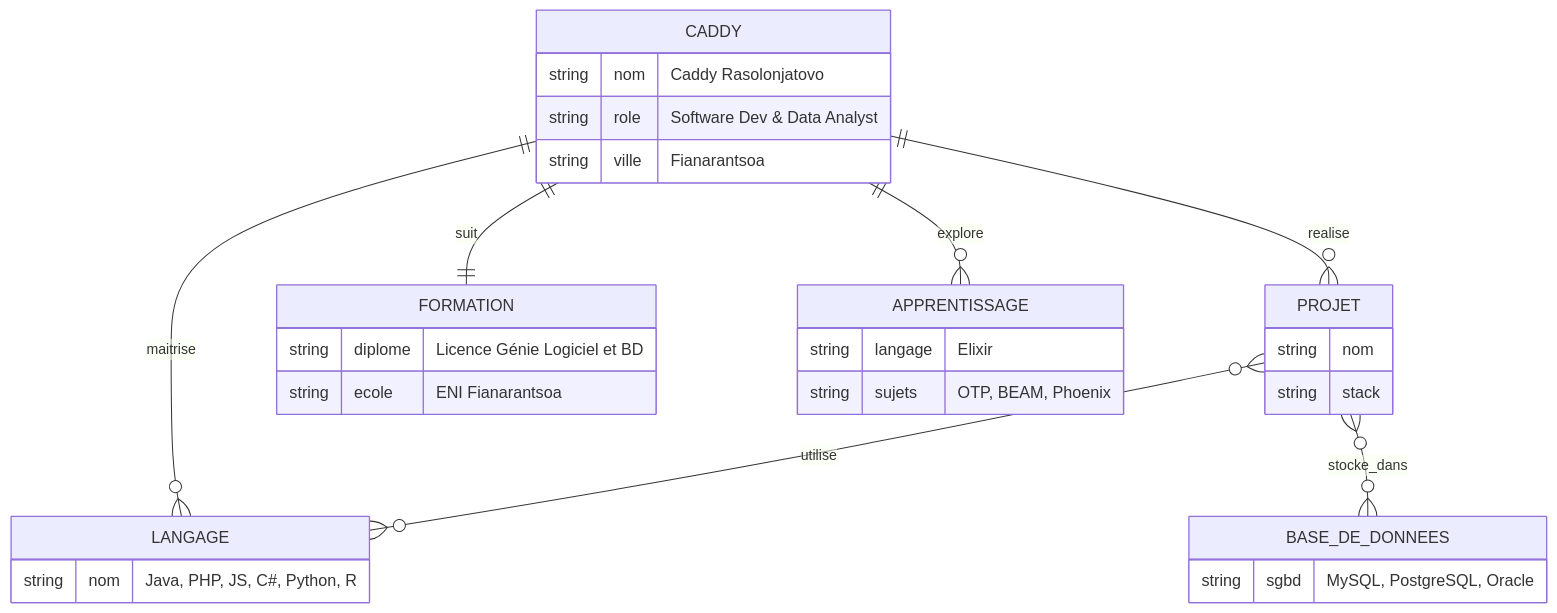
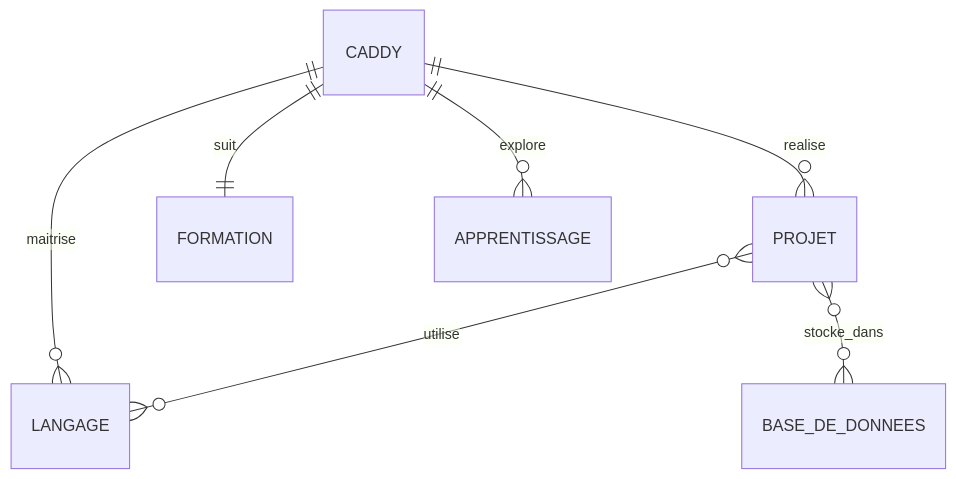
Before and after one commit to matrix05-c/matrix05-c: the diagram in README.md, drawn with Mermaid. The commit also changed other lines of this file and 1 other file, not shown here.

Commit message:
docs: ajoute des animations au README de profil (MCD SVG animé, requêtes SQL tapées)

````diff
--- a/README.md
+++ b/README.md
@@ -14,33 +25,9 @@
 ```mermaid
 erDiagram
     CADDY ||--o{ LANGAGE : maitrise
     CADDY ||--o{ PROJET : realise
     CADDY ||--|| FORMATION : suit
     PROJET }o--o{ LANGAGE : utilise
     PROJET }o--o{ BASE_DE_DONNEES : stocke_dans
     CADDY ||--o{ APPRENTISSAGE : explore
-
-    CADDY {
-        string nom "Caddy Rasolonjatovo"
-        string role "Software Dev & Data Analyst"
-        string ville "Fianarantsoa"
-    }
-    LANGAGE {
-        string nom "Java, PHP, JS, C#, Python, R"
-    }
-    BASE_DE_DONNEES {
-        string sgbd "MySQL, PostgreSQL, Oracle"
-    }
-    FORMATION {
-        string diplome "Licence Génie Logiciel et BD"
-        string ecole "ENI Fianarantsoa"
-    }
-    APPRENTISSAGE {
-        string langage "Elixir"
-        string sujets "OTP, BEAM, Phoenix"
-    }
-    PROJET {
-        string nom
-        string stack
-    }
 ```
````
